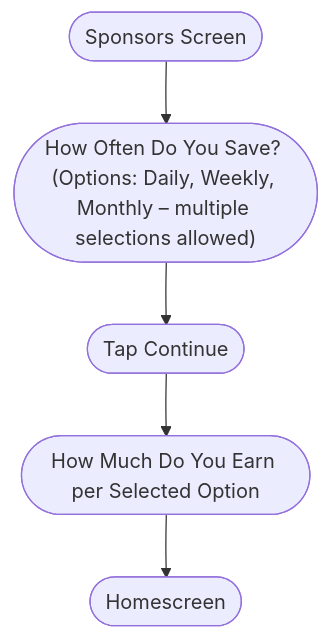
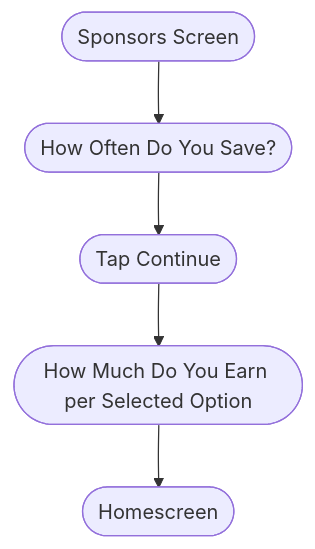
The third of 6 diagrams in docs/user-flows.md (Tiba-Inc/Design-Docs), drawn with Mermaid before and after one commit. The commit also changed other lines of this file and 669 other files, not shown here.

````diff
--- a/docs/user-flows.md
+++ b/docs/user-flows.md
@@ -74,8 +74,8 @@
 ``` mermaid
 flowchart TD
     A(["Sponsors Screen"])
-    A --> B(["How Often Do You Save? (Options: Daily, Weekly, Monthly – multiple selections allowed)"])
+    A --> B(["How Often Do You Save?"])
     B --> C(["Tap Continue"])
     C --> D(["How Much Do You Earn per Selected Option"])
     D --> E(["Homescreen"])
 ```
````
